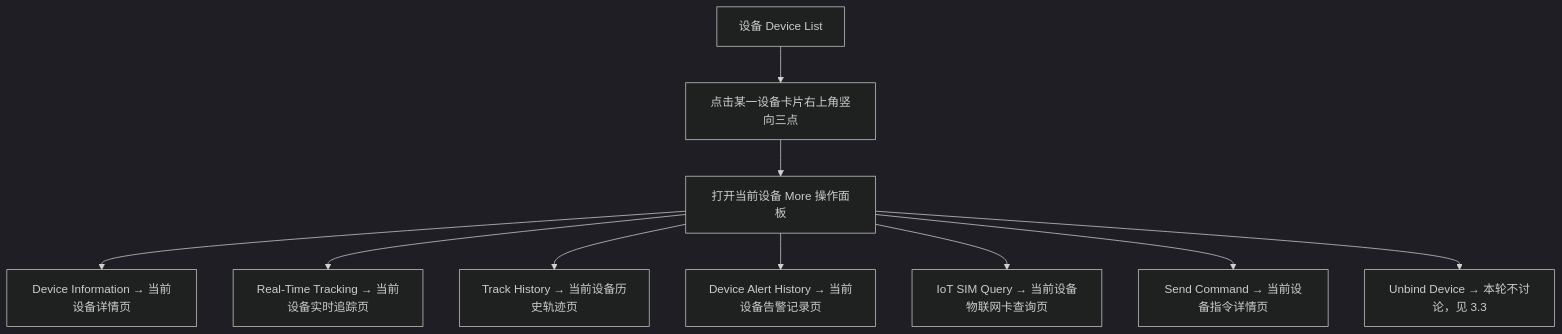
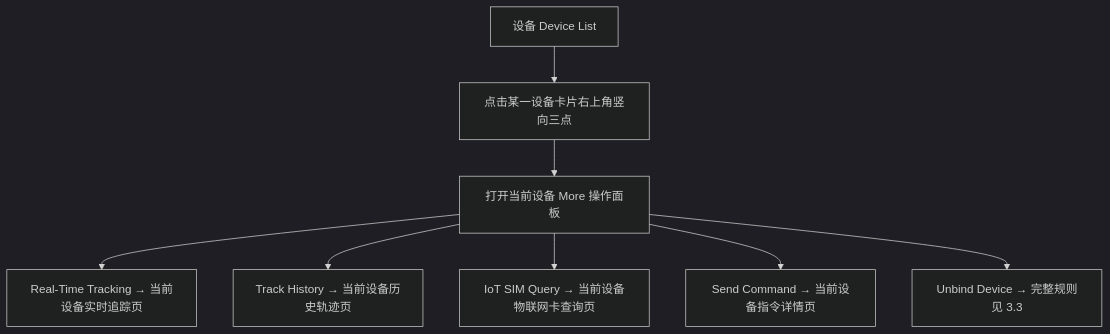
Before and after one commit to CuMgNa/skills: the second of 13 diagrams in docs/manuals/革泰/逻辑大纲/革泰 APP 设备管理逻辑点梳理 plan.md, drawn with Mermaid (dark theme). The commit also changed other lines of this file and 26 other files, not shown here.

````diff
--- a/docs/manuals/革泰/逻辑大纲/革泰 APP 设备管理逻辑点梳理 plan.md
+++ b/docs/manuals/革泰/逻辑大纲/革泰 APP 设备管理逻辑点梳理 plan.md
@@ -207,12 +207,10 @@
 ```mermaid
 flowchart TD
     A["设备 Device List"] --> B["点击某一设备卡片右上角竖向三点"]
     B --> C["打开当前设备 More 操作面板"]
-    C --> D["Device Information → 当前设备详情页"]
-    C --> E["Real-Time Tracking → 当前设备实时追踪页"]
-    C --> F["Track History → 当前设备历史轨迹页"]
-    C --> G["Device Alert History → 当前设备告警记录页"]
-    C --> H["IoT SIM Query → 当前设备物联网卡查询页"]
-    C --> I["Send Command → 当前设备指令详情页"]
-    C --> J["Unbind Device → 本轮不讨论，见 3.3"]
+    C --> D["Real-Time Tracking → 当前设备实时追踪页"]
+    C --> E["Track History → 当前设备历史轨迹页"]
+    C --> F["IoT SIM Query → 当前设备物联网卡查询页"]
+    C --> G["Send Command → 当前设备指令详情页"]
+    C --> H["Unbind Device → 完整规则见 3.3"]
 ```
````
